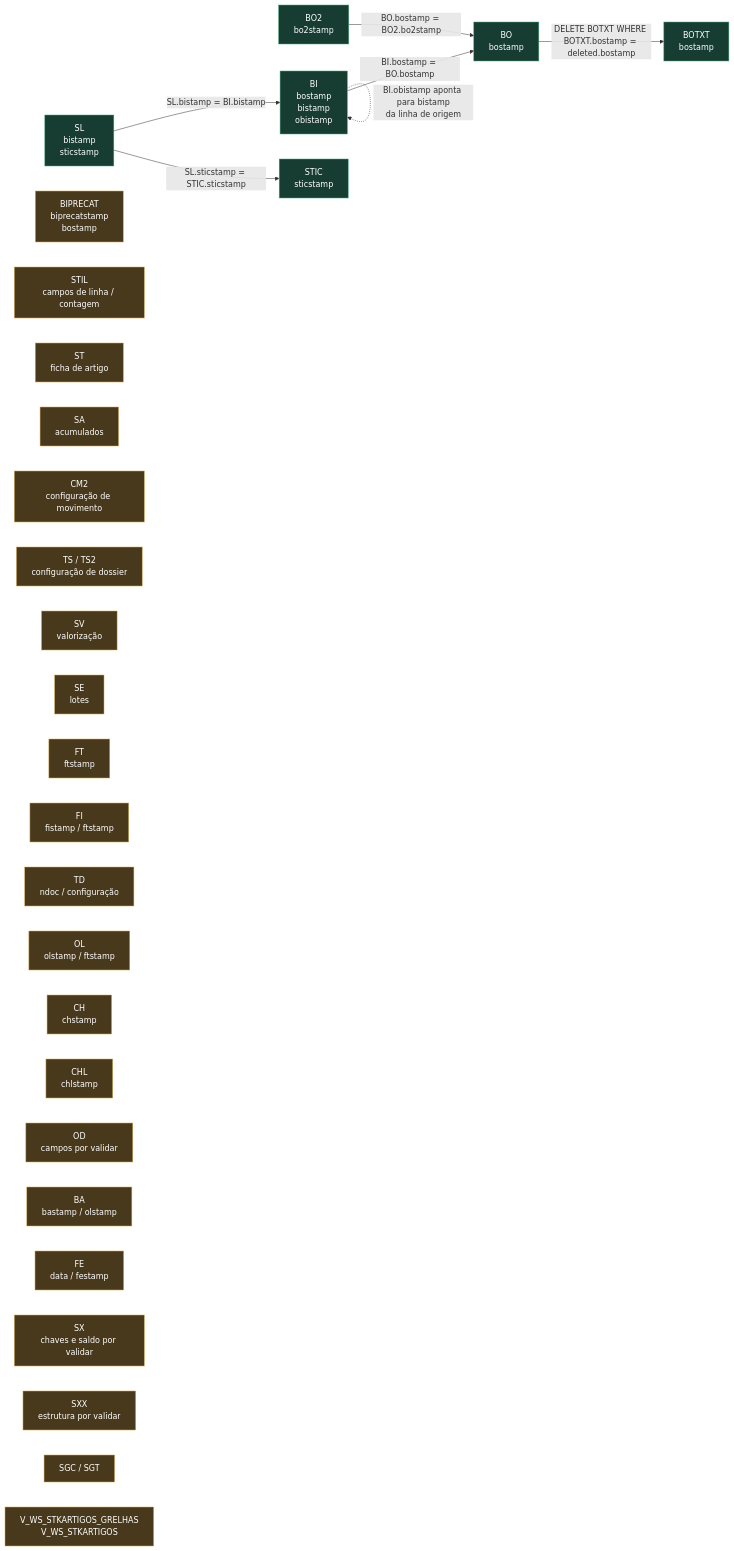
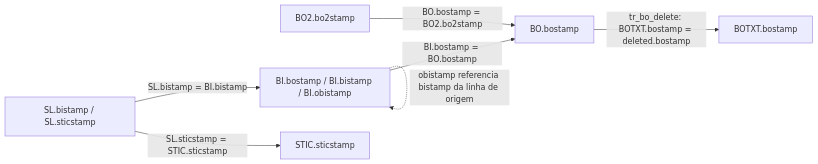
One commit to Jhouinho/PhcKnowledge changed the second of 2 diagrams in docs/audits/grafos-phc-funcional-e-estrutural-2026-11-25.md. Above: the diagram before and after it, drawn with Mermaid. The commit also changed other lines of this file, not shown here.

Commit message:
docs(graph): reorganizar grafo funcional e estrutural PHC

````diff
--- a/docs/audits/grafos-phc-funcional-e-estrutural-2026-11-25.md
+++ b/docs/audits/grafos-phc-funcional-e-estrutural-2026-11-25.md
@@ -152,44 +163,16 @@
 ```mermaid
 flowchart LR
-  BO["BO<br/>bostamp"]
-  BO2["BO2<br/>bo2stamp"]
-  BI["BI<br/>bostamp<br/>bistamp<br/>obistamp"]
-  SL["SL<br/>bistamp<br/>sticstamp"]
-  STIC["STIC<br/>sticstamp"]
+  BO["BO.bostamp"]
+  BO2["BO2.bo2stamp"]
+  BI["BI.bostamp / BI.bistamp / BI.obistamp"]
+  SL["SL.bistamp / SL.sticstamp"]
+  STIC["STIC.sticstamp"]
+  BOTXT["BOTXT.bostamp"]
 
   BO2 -->|"BO.bostamp = BO2.bo2stamp"| BO
   BI -->|"BI.bostamp = BO.bostamp"| BO
   SL -->|"SL.bistamp = BI.bistamp"| BI
-  BI -.->|"BI.obistamp aponta para bistamp<br/>da linha de origem"| BI
+  BI -.->|"obistamp referencia bistamp da linha de origem"| BI
   SL -->|"SL.sticstamp = STIC.sticstamp"| STIC
-
-  BIP["BIPRECAT<br/>biprecatstamp<br/>bostamp"]
-  BOTXT["BOTXT<br/>bostamp"]
-  STIL["STIL<br/>campos de linha / contagem"]
-  ST["ST<br/>ficha de artigo"]
-  SA["SA<br/>acumulados"]
-  CM2["CM2<br/>configuração de movimento"]
-  TS["TS / TS2<br/>configuração de dossier"]
-  SV["SV<br/>valorização"]
-  SE["SE<br/>lotes"]
-  FT["FT<br/>ftstamp"]
-  FI["FI<br/>fistamp / ftstamp"]
-  TD["TD<br/>ndoc / configuração"]
-  OL["OL<br/>olstamp / ftstamp"]
-  CH["CH<br/>chstamp"]
-  CHL["CHL<br/>chlstamp"]
-  OD["OD<br/>campos por validar"]
-  BA["BA<br/>bastamp / olstamp"]
-  FE["FE<br/>data / festamp"]
-  SX["SX<br/>chaves e saldo por validar"]
-  SXX["SXX<br/>estrutura por validar"]
-  SGC["SGC / SGT"]
-  VIEWS["V_WS_STKARTIGOS_GRELHAS<br/>V_WS_STKARTIGOS"]
-
-  BO -->|"DELETE BOTXT WHERE BOTXT.bostamp = deleted.bostamp"| BOTXT
-
-  classDef observed fill:#173d32,stroke:#48a77b,color:#fff
-  classDef unresolved fill:#49391c,stroke:#d6a64c,color:#fff
-  class BO,BO2,BI,SL,STIC,BOTXT observed
-  class BIP,STIL,ST,SA,CM2,TS,SV,SE,FT,FI,TD,OL,CH,CHL,OD,BA,FE,SX,SXX,SGC,VIEWS unresolved
+  BO -->|"tr_bo_delete: BOTXT.bostamp = deleted.bostamp"| BOTXT
 ```
````
